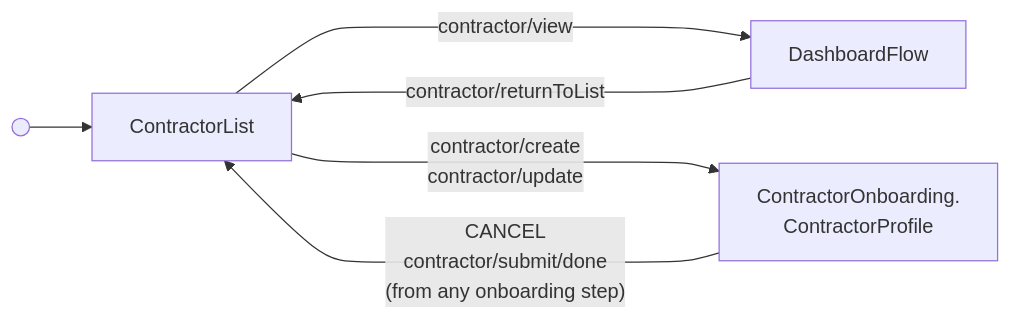
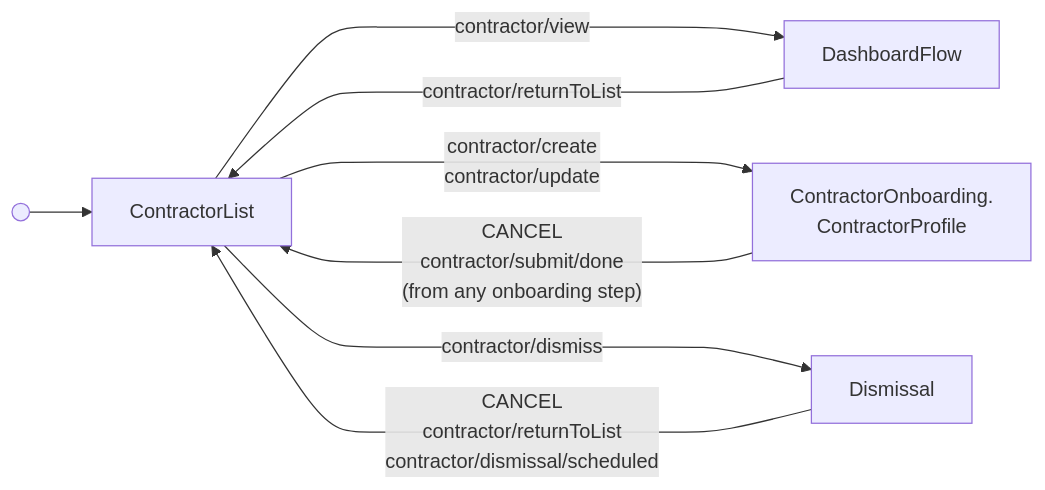
Before and after one commit to Gusto/embedded-react-sdk: the diagram in src/components/Contractor/ContractorListFlow/GUIDE.md, drawn with Mermaid. The commit also changed other lines of this file and 20 other files, not shown here.

First line of the commit message:
feat(SDK-1123): add contractor dismissal component

````diff
--- a/src/components/Contractor/ContractorListFlow/GUIDE.md
+++ b/src/components/Contractor/ContractorListFlow/GUIDE.md
@@ -18,12 +20,14 @@
 ```mermaid
 flowchart LR
   start@{ shape: sm-circ } --> ContractorList
 
   ContractorList ---->|"contractor/view"| DashboardFlow
   ContractorList ---->|"contractor/create<br/>contractor/update"| ContractorProfile["ContractorOnboarding.<br/>ContractorProfile"]
+  ContractorList ---->|"contractor/dismiss"| Dismissal
 
   DashboardFlow -->|"contractor/returnToList"| ContractorList
   ContractorProfile -->|"CANCEL<br/>contractor/submit/done<br/>(from any onboarding step)"| ContractorList
+  Dismissal -->|"CANCEL<br/>contractor/returnToList<br/>contractor/dismissal/scheduled"| ContractorList
 
   class DashboardFlow flow
 ```
````
